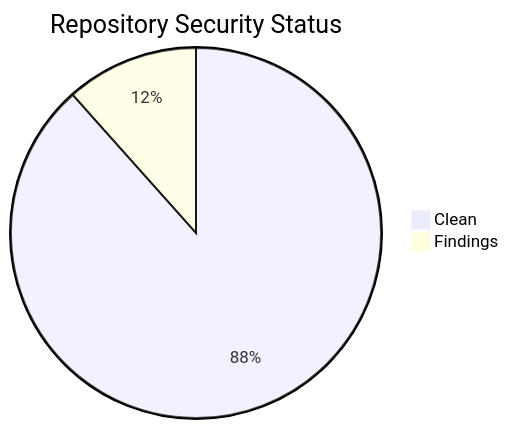
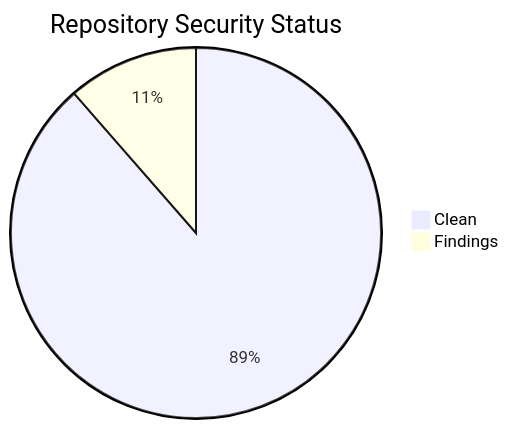
The second of 2 diagrams in projects/status.md (icepaule/icepaule.github.io), drawn with Mermaid before and after one commit. The commit also changed other lines of this file and 63 other files, not shown here.

````diff
--- a/projects/status.md
+++ b/projects/status.md
@@ -132,5 +133,5 @@
 ```mermaid
 pie title Repository Security Status
-    "Clean" : 61
+    "Clean" : 62
     "Findings" : 8
 ```
````
